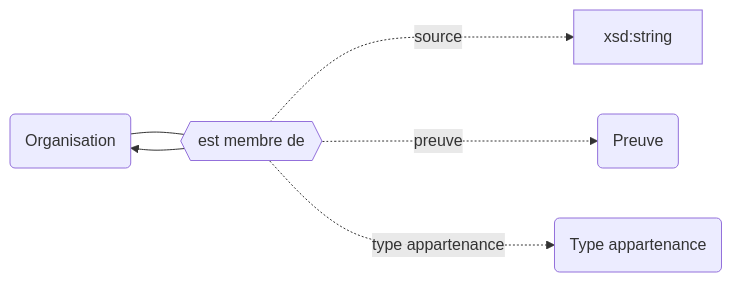
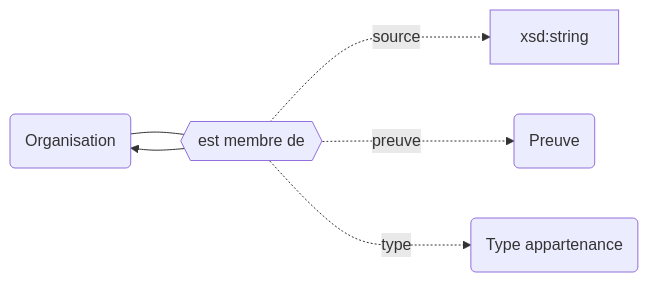
One commit to abes-esr/movies-documentation changed the second of 2 diagrams in docs/Modélisation Movies/Description des établissements/Composition des établissements.md. Above: the diagram before and after it, drawn with Mermaid. The commit also changed other lines of this file, not shown here.

Commit message:
Update Composition des établissements.md

````diff
--- a/docs/Modélisation Movies/Description des établissements/Composition des établissements.md
+++ b/docs/Modélisation Movies/Description des établissements/Composition des établissements.md
@@ -24,12 +24,12 @@
 ```mermaid
 graph LR
     ORG(Organisation)
     P(Preuve)
     MBR{{est membre de}}
     TA(Type appartenance)
 
     ORG --- MBR --> ORG 
     MBR -..-> |source| xsd:string
     MBR -..-> |preuve| P
-    MBR -..->|type appartenance| TA
+    MBR -..->|type| TA
 ```
````
